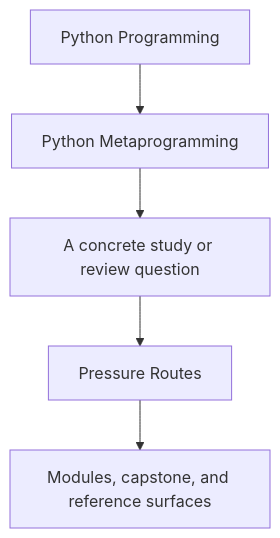
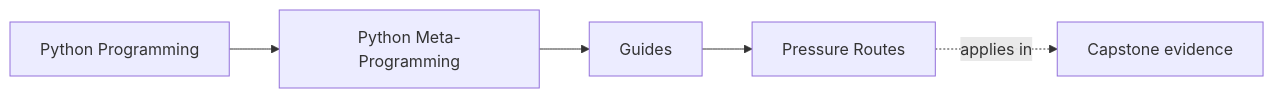
One commit to bijux/bijux-masterclass changed the first of 2 diagrams in programs/python-programming/python-meta-programming/course-book/guides/pressure-routes.md. Above: the diagram before and after it, drawn with Mermaid. The commit also changed other lines of this file and 55 other files, not shown here.

Commit message:
docs(python-meta-programming): map runtime foundations and inspection routes

````diff
--- a/programs/python-programming/python-meta-programming/course-book/guides/pressure-routes.md
+++ b/programs/python-programming/python-meta-programming/course-book/guides/pressure-routes.md
@@ -6,7 +6,11 @@
 ```mermaid
-flowchart TD
-  family["Python Programming"] --> program["Python Metaprogramming"]
-  program --> pressure["A concrete study or review question"]
-  pressure --> guide["Pressure Routes"]
-  guide --> next["Modules, capstone, and reference surfaces"]
+graph LR
+  family["Python Programming"]
+  program["Python Meta-Programming"]
+  section["Guides"]
+  page["Pressure Routes"]
+  capstone["Capstone evidence"]
+
+  family --> program --> section --> page
+  page -.applies in.-> capstone
 ```
````
